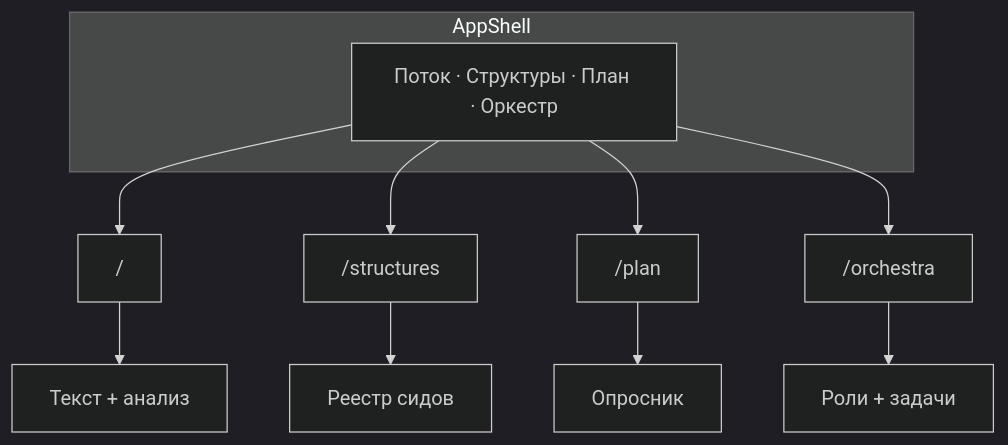
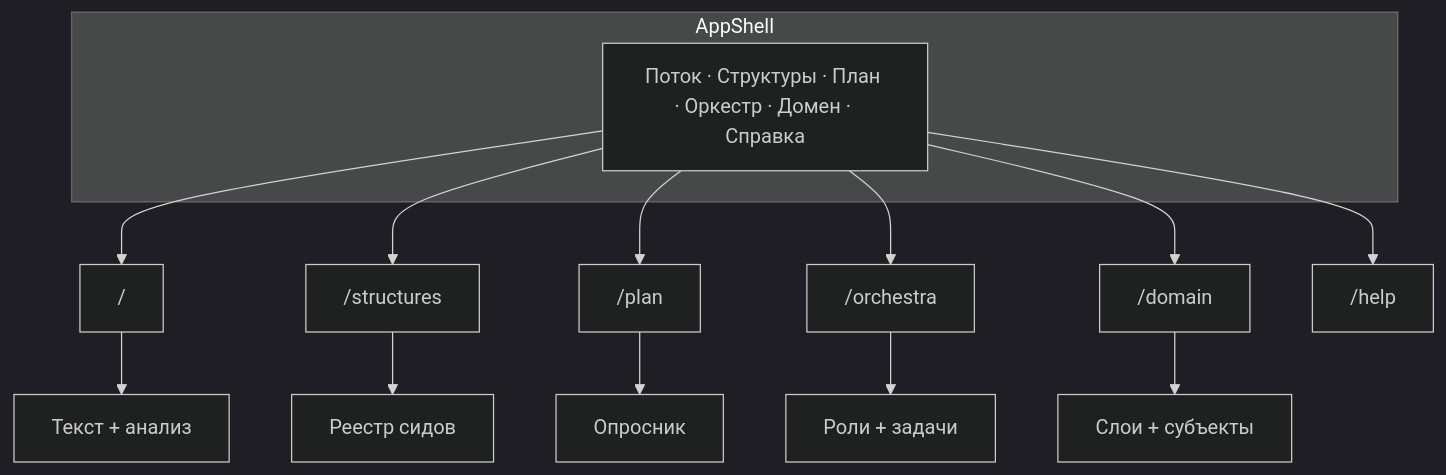
The diagram in web/docs/UI_OVERVIEW.md (Goncharov108/model), drawn with Mermaid (dark theme) before and after one commit. The commit also changed other lines of this file and 60 other files, not shown here.

````diff
--- a/web/docs/UI_OVERVIEW.md
+++ b/web/docs/UI_OVERVIEW.md
@@ -64,14 +64,17 @@
 ```mermaid
 flowchart TB
   subgraph shell [AppShell]
-    Nav[Поток · Структуры · План · Оркестр]
+    Nav[Поток · Структуры · План · Оркестр · Домен · Справка]
   end
   Nav --> P["/"]
   Nav --> S["/structures"]
   Nav --> Pl["/plan"]
   Nav --> O["/orchestra"]
+  Nav --> D["/domain"]
+  Nav --> H["/help"]
+  D --> Dom[Слои + субъекты]
   P --> Stream[Текст + анализ]
   S --> Reg[Реестр сидов]
   Pl --> Q[Опросник]
   O --> Orch[Роли + задачи]
 ```
````
